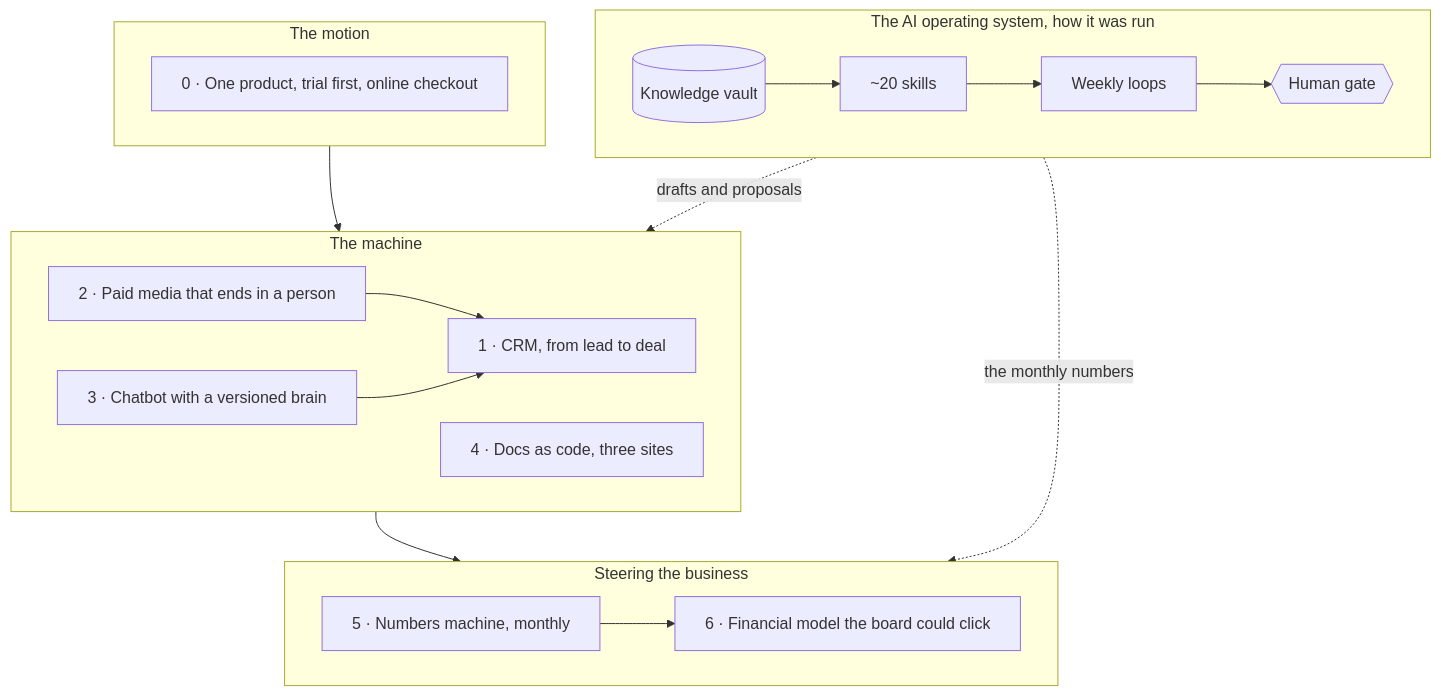
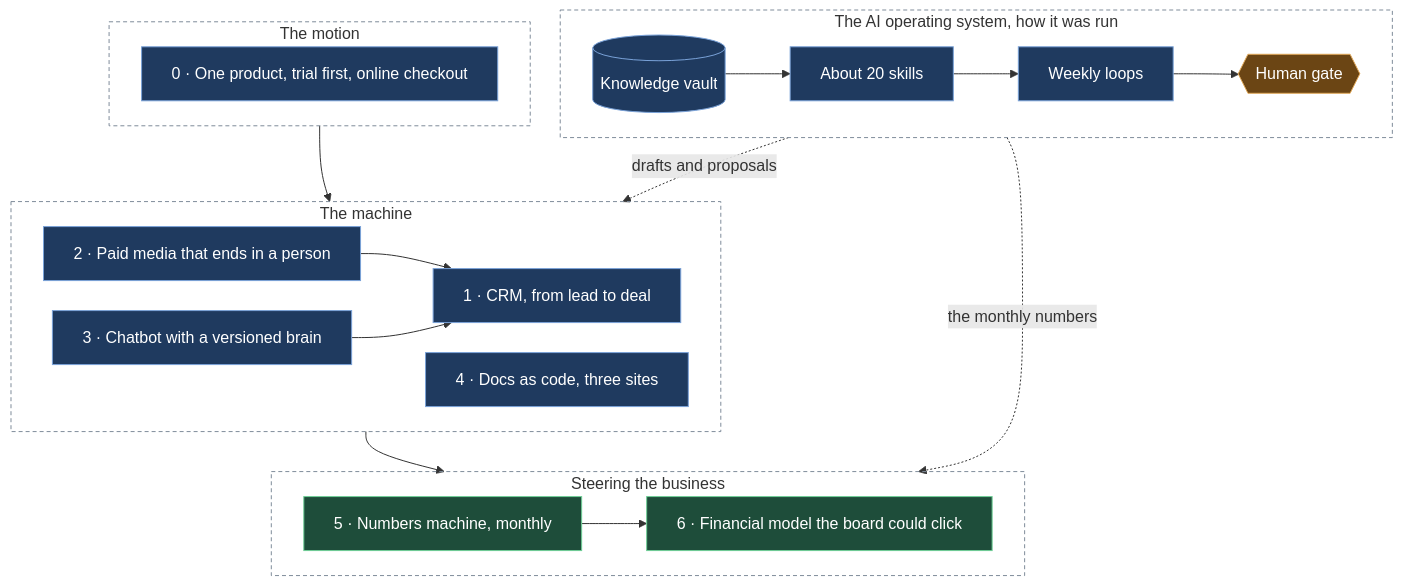
One commit to nunomnferreirapt/ai-operated-growth-engine changed the diagram in README.md. Above: the diagram before and after it, drawn with Mermaid. The commit also changed 3 other files, not shown here.

First line of the commit message:
Diagram template across the four diagrams: vertical, short labels, navy system, amber where a person decides, green outputs, dashed groups; chapter 1 order follows the deal, dormant and edge-case boxes out (Nuno, 19 Oct)

````diff
--- a/README.md
+++ b/README.md
@@ -11,24 +11,31 @@
 ```mermaid
-%%{init: {"flowchart": {"wrappingWidth": 600}}}%%
+%%{init: {"flowchart": {"wrappingWidth": 600, "nodeSpacing": 30, "rankSpacing": 40}}}%%
 flowchart TB
     subgraph OS["The AI operating system, how it was run"]
         direction LR
-        V[("Knowledge vault")] --> SK["~20 skills"] --> L["Weekly loops"] --> G{{"Human gate"}}
+        V[("Knowledge vault")]:::sys --> SK["About 20 skills"]:::sys --> L["Weekly loops"]:::sys --> G{{"Human gate"}}:::human
     end
     subgraph MO["The motion"]
-        C0["0 · One product, trial first, online checkout"]
+        C0["0 · One product, trial first, online checkout"]:::sys
     end
     subgraph MA["The machine"]
         direction LR
-        C2["2 · Paid media that ends in a person"] --> C1["1 · CRM, from lead to deal"]
-        C3["3 · Chatbot with a versioned brain"] --> C1
-        C4["4 · Docs as code, three sites"]
+        C2["2 · Paid media that ends in a person"]:::sys --> C1["1 · CRM, from lead to deal"]:::sys
+        C3["3 · Chatbot with a versioned brain"]:::sys --> C1
+        C4["4 · Docs as code, three sites"]:::sys
     end
     subgraph ST["Steering the business"]
         direction LR
-        C5["5 · Numbers machine, monthly"] --> C6["6 · Financial model the board could click"]
+        C5["5 · Numbers machine, monthly"]:::out --> C6["6 · Financial model the board could click"]:::out
     end
     MO --> MA --> ST
     OS -. drafts and proposals .-> MA
     OS -. the monthly numbers .-> ST
+    classDef sys fill:#1f3a5f,stroke:#7aa2d8,color:#ffffff
+    classDef human fill:#6b4514,stroke:#e0a95a,color:#ffffff
+    classDef out fill:#1e4d3a,stroke:#6fcf97,color:#ffffff
+    style OS fill:transparent,stroke:#7f8c9a,stroke-dasharray:4 3
+    style MO fill:transparent,stroke:#7f8c9a,stroke-dasharray:4 3
+    style MA fill:transparent,stroke:#7f8c9a,stroke-dasharray:4 3
+    style ST fill:transparent,stroke:#7f8c9a,stroke-dasharray:4 3
 ```
````
